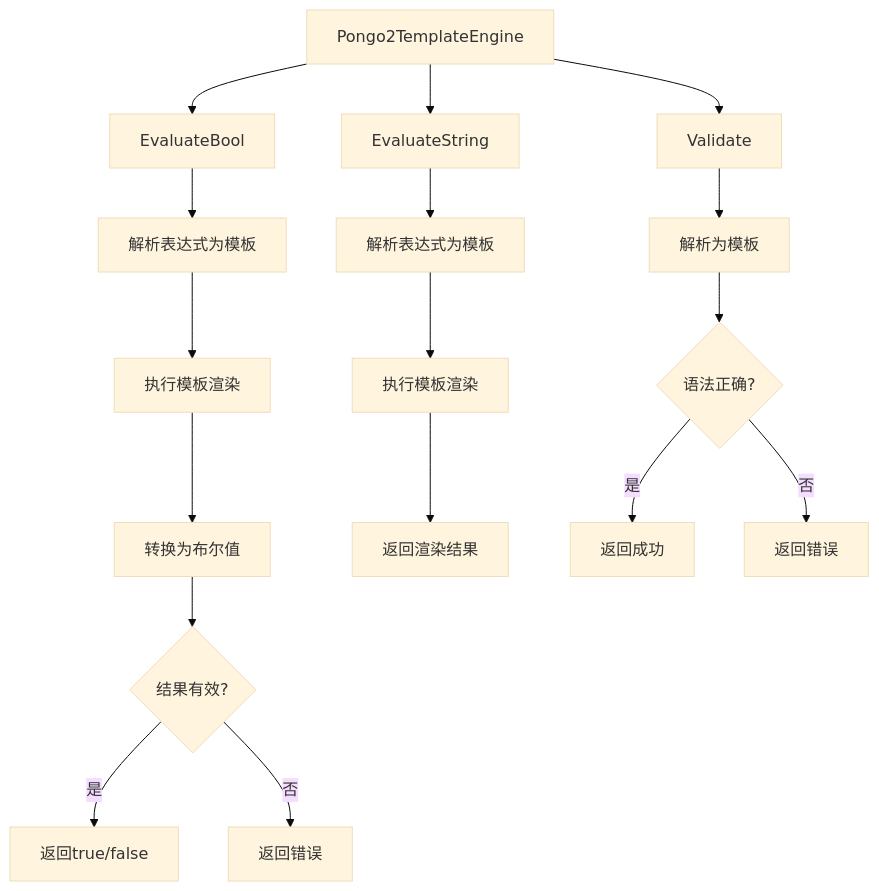
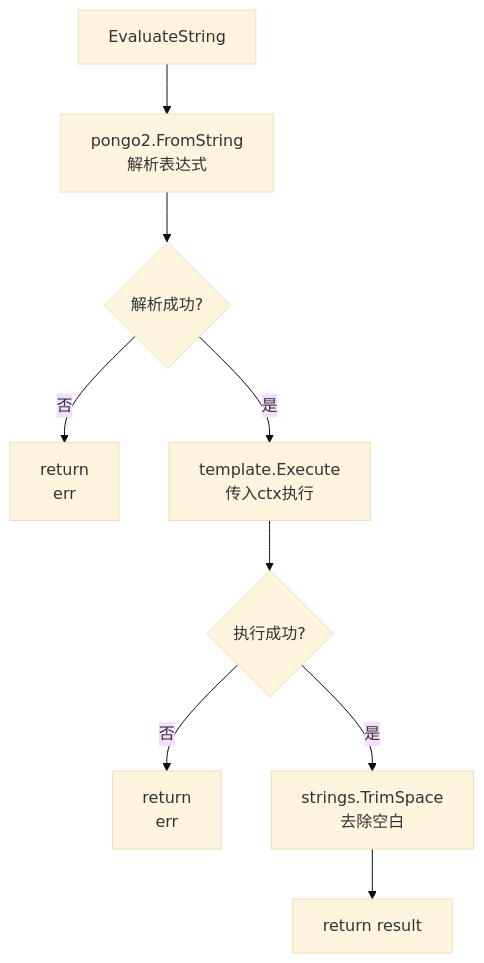
The fourth of 9 diagrams in template/FLOWS.md (LerkoX/flowx), drawn with Mermaid (base theme) before and after one commit. The commit also changed other lines of this file and 6 other files, not shown here.

First line of the commit message:
docs: enhance module flow diagrams with detailed implementation flows

````diff
--- a/template/FLOWS.md
+++ b/template/FLOWS.md
@@ -25,21 +46,12 @@
 ```mermaid
 flowchart TD
-    A[Pongo2TemplateEngine] --> B[EvaluateBool]
-    B --> C[解析表达式为模板]
-    C --> D[执行模板渲染]
-    D --> E[转换为布尔值]
-    E --> F{结果有效?}
-    F -->|是| G[返回true/false]
-    F -->|否| H[返回错误]
+    A[EvaluateString] --> B[pongo2.FromString<br/>解析表达式]
+    B --> C{解析成功?}
+    C -->|否| D[return ""<br/>err]
+    C -->|是| E[template.Execute<br/>传入ctx执行]
 
-    A --> I[EvaluateString]
-    I --> J[解析表达式为模板]
-    J --> K[执行模板渲染]
-    K --> L[返回渲染结果]
-
-    A --> M[Validate]
-    M --> N[解析为模板]
-    N --> O{语法正确?}
-    O -->|是| P[返回成功]
-    O -->|否| Q[返回错误]
+    E --> F{执行成功?}
+    F -->|否| G[return ""<br/>err]
+    F -->|是| H[strings.TrimSpace<br/>去除空白]
+    H --> I[return result]
 ```
````
